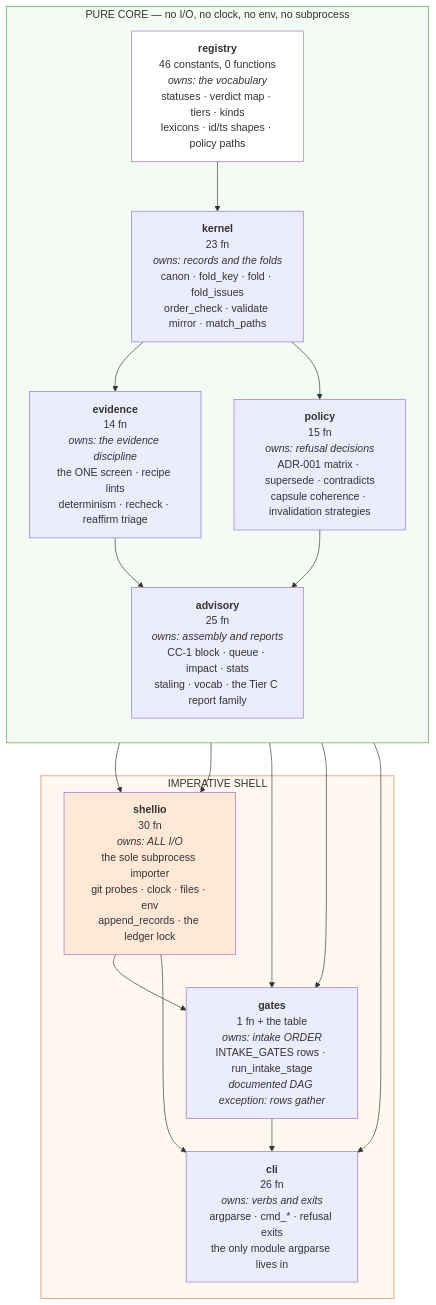
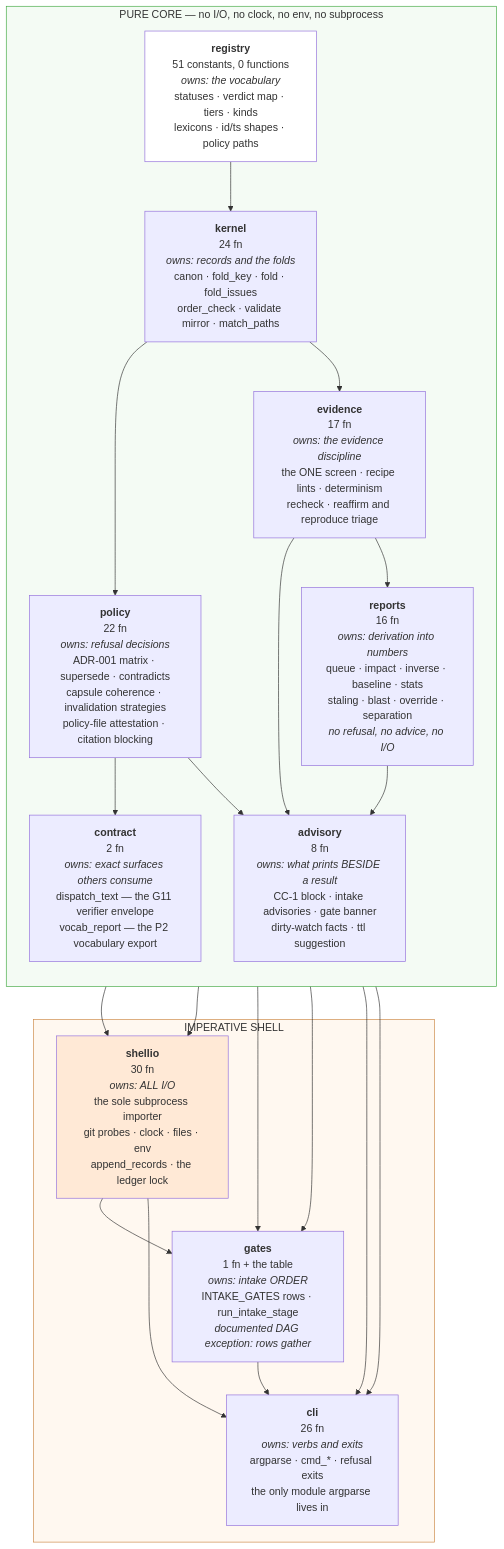
One commit to m1981/truth-ledger changed the first of 3 diagrams in template/docs/structure.md. Above: the diagram before and after it, drawn with Mermaid. The commit also changed 11 other files, not shown here.

````diff
--- a/template/docs/structure.md
+++ b/template/docs/structure.md
@@ -42,36 +42,42 @@
 ```mermaid
 flowchart TB
     subgraph PURE["PURE CORE — no I/O, no clock, no env, no subprocess"]
         direction TB
-        REG["<b>registry</b><br/>46 constants, 0 functions<br/><i>owns: the vocabulary</i><br/>statuses · verdict map · tiers · kinds<br/>lexicons · id/ts shapes · policy paths"]
-        KER["<b>kernel</b><br/>23 fn<br/><i>owns: records and the folds</i><br/>canon · fold_key · fold · fold_issues<br/>order_check · validate mirror · match_paths"]
-        EVI["<b>evidence</b><br/>14 fn<br/><i>owns: the evidence discipline</i><br/>the ONE screen · recipe lints<br/>determinism · recheck · reaffirm triage"]
-        POL["<b>policy</b><br/>15 fn<br/><i>owns: refusal decisions</i><br/>ADR-001 matrix · supersede · contradicts<br/>capsule coherence · invalidation strategies"]
-        ADV["<b>advisory</b><br/>25 fn<br/><i>owns: assembly and reports</i><br/>CC-1 block · queue · impact · stats<br/>staling · vocab · the Tier C report family"]
+        REG["<b>registry</b><br/>51 constants, 0 functions<br/><i>owns: the vocabulary</i><br/>statuses · verdict map · tiers · kinds<br/>lexicons · id/ts shapes · policy paths"]
+        KER["<b>kernel</b><br/>24 fn<br/><i>owns: records and the folds</i><br/>canon · fold_key · fold · fold_issues<br/>order_check · validate mirror · match_paths"]
+        EVI["<b>evidence</b><br/>17 fn<br/><i>owns: the evidence discipline</i><br/>the ONE screen · recipe lints · determinism<br/>recheck · reaffirm and reproduce triage"]
+        POL["<b>policy</b><br/>22 fn<br/><i>owns: refusal decisions</i><br/>ADR-001 matrix · supersede · contradicts<br/>capsule coherence · invalidation strategies<br/>policy-file attestation · citation blocking"]
+        REP["<b>reports</b><br/>16 fn<br/><i>owns: derivation into numbers</i><br/>queue · impact · inverse · baseline · stats<br/>staling · blast · override · separation<br/><i>no refusal, no advice, no I/O</i>"]
+        CON["<b>contract</b><br/>2 fn<br/><i>owns: exact surfaces others consume</i><br/>dispatch_text — the G11 verifier envelope<br/>vocab_report — the P2 vocabulary export"]
+        ADV["<b>advisory</b><br/>8 fn<br/><i>owns: what prints BESIDE a result</i><br/>CC-1 block · intake advisories · gate banner<br/>dirty-watch facts · ttl suggestion"]
     end
 
     subgraph EDGE["IMPERATIVE SHELL"]
         SIO["<b>shellio</b><br/>30 fn<br/><i>owns: ALL I/O</i><br/>the sole subprocess importer<br/>git probes · clock · files · env<br/>append_records · the ledger lock"]
         GAT["<b>gates</b><br/>1 fn + the table<br/><i>owns: intake ORDER</i><br/>INTAKE_GATES rows · run_intake_stage<br/><i>documented DAG exception: rows gather</i>"]
         CLI["<b>cli</b><br/>26 fn<br/><i>owns: verbs and exits</i><br/>argparse · cmd_* · refusal exits<br/>the only module argparse lives in"]
     end
 
     REG --> KER
     KER --> EVI
     KER --> POL
+    EVI --> REP
+    POL --> CON
+    REP --> ADV
     EVI --> ADV
     POL --> ADV
     KER --> SIO
     REG --> SIO
     POL --> GAT
     EVI --> GAT
     SIO --> GAT
     ADV --> CLI
+    CON --> CLI
     GAT --> CLI
     SIO --> CLI
 
     style PURE fill:#f4fbf4,stroke:#4a4
     style EDGE fill:#fff8f0,stroke:#c84
     style REG fill:#fff
     style SIO fill:#ffe9d6
 ```
````
